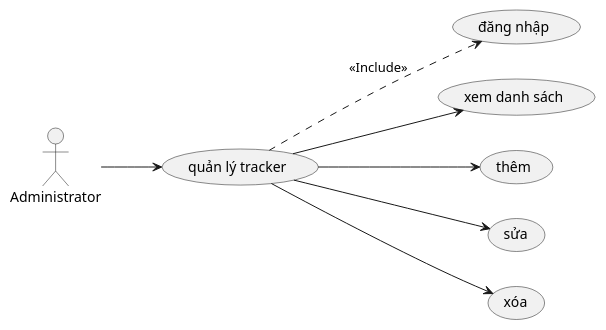
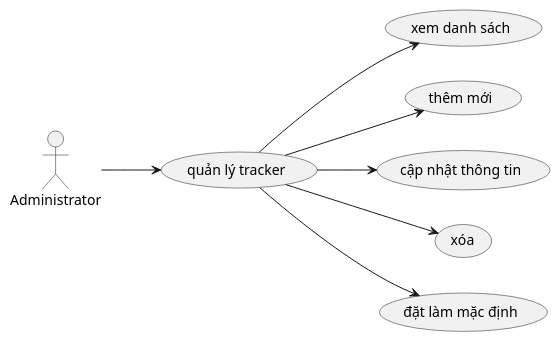
Before and after one commit to docuong039/worksphere: the diagram in docs/use-cases/04_quan_ly_tracker.md, drawn with PlantUML. The commit also changed other lines of this file and 26 other files, not shown here.

Commit message:
update diagram

````diff
--- a/docs/use-cases/04_quan_ly_tracker.md
+++ b/docs/use-cases/04_quan_ly_tracker.md
@@ -5,25 +5,24 @@
 ```plantuml
 @startuml
 left to right direction
 actor "Administrator" as Admin
 
-usecase "đăng nhập" as UC_Login
 usecase "quản lý tracker" as UC_ManageTracker
 
 ' Các use case con
 usecase "xem danh sách" as UC01
-usecase "thêm" as UC02
-usecase "sửa" as UC03
+usecase "thêm mới" as UC02
+usecase "cập nhật thông tin" as UC03
 usecase "xóa" as UC04
+usecase "đặt làm mặc định" as UC05
 
 Admin --> UC_ManageTracker
 
 UC_ManageTracker --> UC01
 UC_ManageTracker --> UC02
 UC_ManageTracker --> UC03
 UC_ManageTracker --> UC04
-
-UC_ManageTracker ..> UC_Login : <<Include>>
+UC_ManageTracker --> UC05
 
 @enduml
 ```
````
